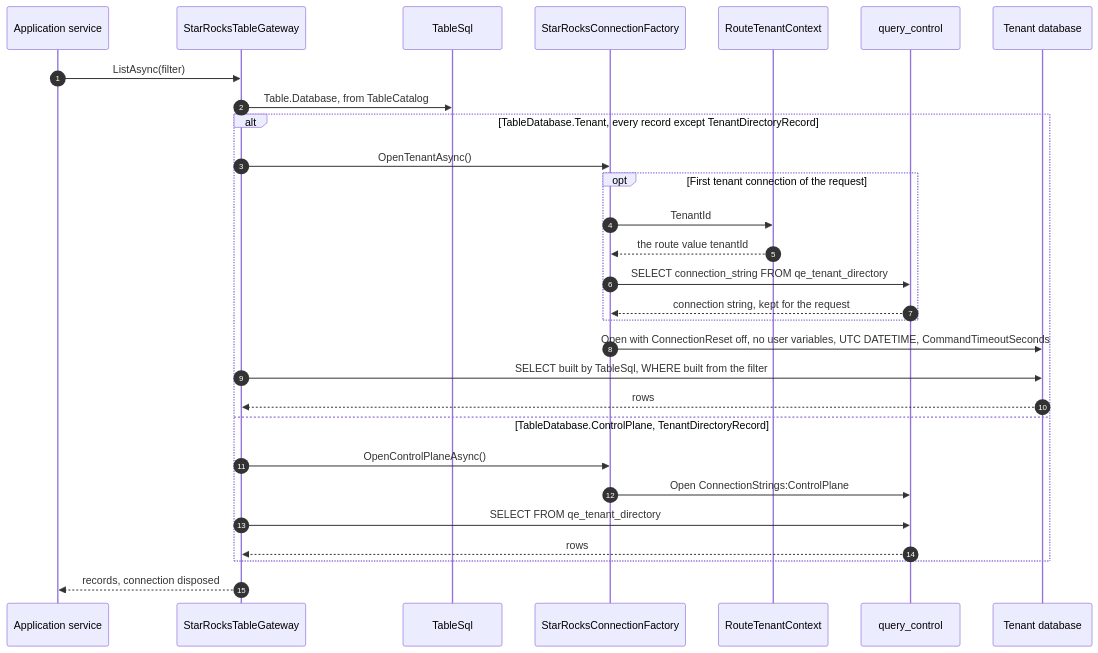
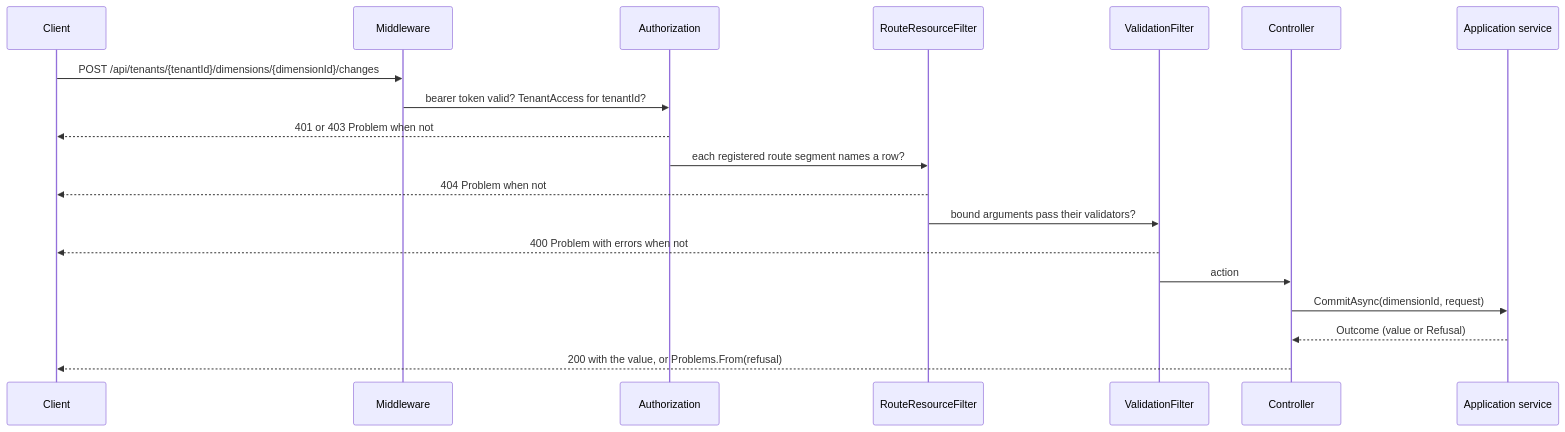
Before and after one commit to chrisaliotta/Quantalytix.QueryEngine.Admin: the diagram in api/docs/architecture/02-request-pipeline.md, drawn with Mermaid. The commit also changed other lines of this file and 7 other files, not shown here.

Commit message:
Rewrite the API README and architecture docs for the change-set API

````diff
--- a/api/docs/architecture/02-request-pipeline.md
+++ b/api/docs/architecture/02-request-pipeline.md
@@ -100,31 +8,21 @@
 ```mermaid
 sequenceDiagram
-    autonumber
-    participant Service as Application service
-    participant Gateway as StarRocksTableGateway
-    participant Sql as TableSql
-    participant Factory as StarRocksConnectionFactory
-    participant Tenant as RouteTenantContext
-    participant Control as query_control
-    participant TenantDb as Tenant database
-    Service->>Gateway: ListAsync(filter)
-    Gateway->>Sql: Table.Database, from TableCatalog
-    alt TableDatabase.Tenant, every record except TenantDirectoryRecord
-        Gateway->>Factory: OpenTenantAsync()
-        opt First tenant connection of the request
-            Factory->>Tenant: TenantId
-            Tenant-->>Factory: the route value tenantId
-            Factory->>Control: SELECT connection_string FROM qe_tenant_directory
-            Control-->>Factory: connection string, kept for the request
-        end
-        Factory->>TenantDb: Open with ConnectionReset off, no user variables, UTC DATETIME, CommandTimeoutSeconds
-        Gateway->>TenantDb: SELECT built by TableSql, WHERE built from the filter
-        TenantDb-->>Gateway: rows
-    else TableDatabase.ControlPlane, TenantDirectoryRecord
-        Gateway->>Factory: OpenControlPlaneAsync()
-        Factory->>Control: Open ConnectionStrings:ControlPlane
-        Gateway->>Control: SELECT FROM qe_tenant_directory
-        Control-->>Gateway: rows
-    end
-    Gateway-->>Service: records, connection disposed
+    participant Client
+    participant Mw as Middleware
+    participant Auth as Authorization
+    participant Exists as RouteResourceFilter
+    participant Valid as ValidationFilter
+    participant Ctl as Controller
+    participant App as Application service
+    Client->>Mw: POST /api/tenants/{tenantId}/dimensions/{dimensionId}/changes
+    Mw->>Auth: bearer token valid? TenantAccess for tenantId?
+    Auth-->>Client: 401 or 403 Problem when not
+    Auth->>Exists: each registered route segment names a row?
+    Exists-->>Client: 404 Problem when not
+    Exists->>Valid: bound arguments pass their validators?
+    Valid-->>Client: 400 Problem with errors when not
+    Valid->>Ctl: action
+    Ctl->>App: CommitAsync(dimensionId, request)
+    App-->>Ctl: Outcome (value or Refusal)
+    Ctl-->>Client: 200 with the value, or Problems.From(refusal)
 ```
````
